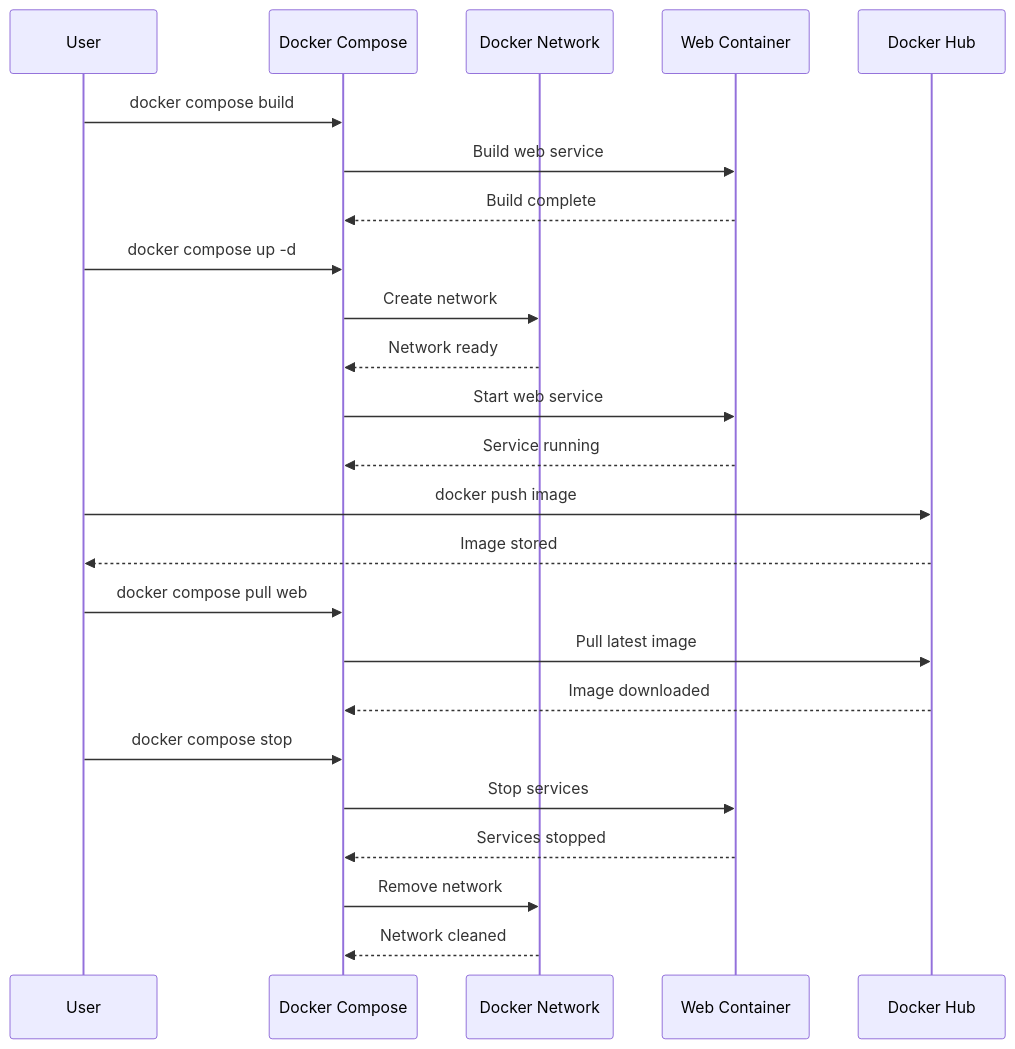
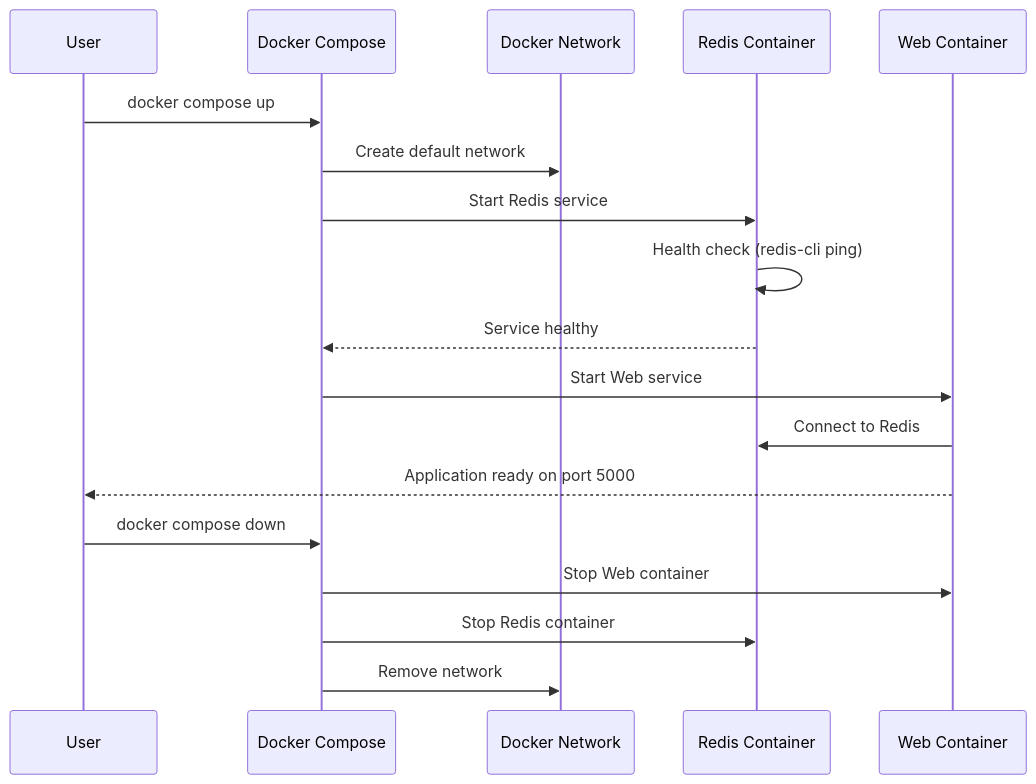
One commit to AnilPatel13/Docker-Kubernethes changed the second of 3 diagrams in Docker Compose/README.md. Above: the diagram before and after it, drawn with Mermaid. The commit also changed other lines of this file and 102 other files, not shown here.

Commit message:
adding the docker compose file.

````diff
--- a/Docker Compose/README.md
+++ b/Docker Compose/README.md
@@ -136,31 +479,22 @@
 ```mermaid
 sequenceDiagram
     participant User as User
     participant Compose as Docker Compose
     participant Network as Docker Network
-    participant Container as Web Container
-    participant Registry as Docker Hub
+    participant Redis as Redis Container
+    participant Web as Web Container
     
-    User->>Compose: docker compose build
-    Compose->>Container: Build web service
-    Container-->>Compose: Build complete
+    User->>Compose: docker compose up
+    Compose->>Network: Create default network
+    Compose->>Redis: Start Redis service
+    Redis->>Redis: Health check (redis-cli ping)
+    Redis-->>Compose: Service healthy
+    Compose->>Web: Start Web service
+    Web->>Redis: Connect to Redis
+    Web-->>User: Application ready on port 5000
     
-    User->>Compose: docker compose up -d
-    Compose->>Network: Create network
-    Network-->>Compose: Network ready
-    Compose->>Container: Start web service
-    Container-->>Compose: Service running
-    
-    User->>Registry: docker push image
-    Registry-->>User: Image stored
-    
-    User->>Compose: docker compose pull web
-    Compose->>Registry: Pull latest image
-    Registry-->>Compose: Image downloaded
-    
-    User->>Compose: docker compose stop
-    Compose->>Container: Stop services
-    Container-->>Compose: Services stopped
+    User->>Compose: docker compose down
+    Compose->>Web: Stop Web container
+    Compose->>Redis: Stop Redis container
     Compose->>Network: Remove network
-    Network-->>Compose: Network cleaned
 ```
````
